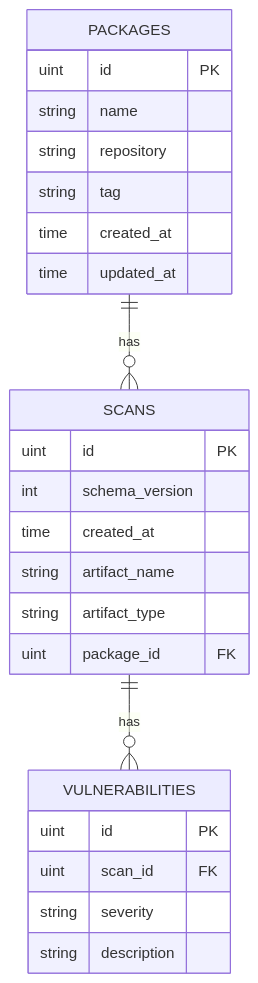
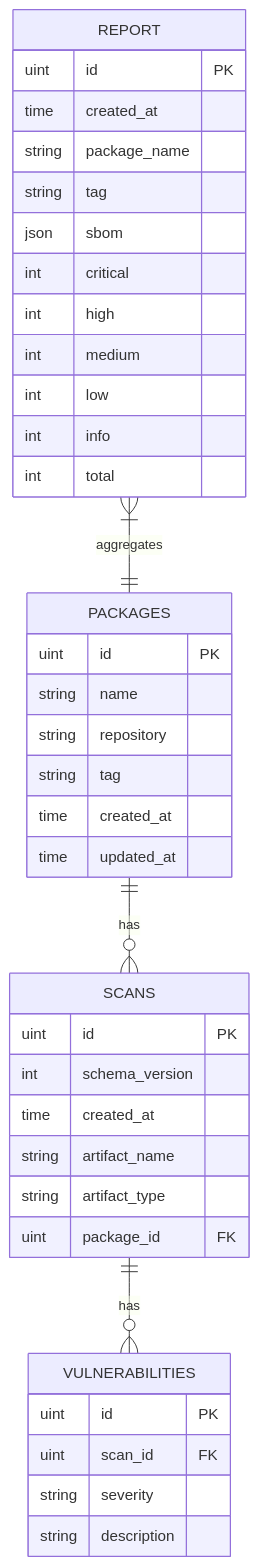
One commit to defenseunicorns/uds-security-hub-v1-archive changed the diagram in docs/db.md. Above: the diagram before and after it, drawn with Mermaid. The commit also changed other lines of this file, not shown here.

````diff
--- a/docs/db.md
+++ b/docs/db.md
@@ -10,30 +9,45 @@
 ``` mermaid
 erDiagram
     PACKAGES {
         uint id PK
         string name
         string repository
         string tag
         time created_at
         time updated_at
     }
     
     SCANS {
         uint id PK
         int schema_version
         time created_at
         string artifact_name
         string artifact_type
         uint package_id FK
     }
     
     VULNERABILITIES {
         uint id PK
         uint scan_id FK
         string severity
         string description
     }
     
+    REPORT {
+        uint id PK
+        time created_at
+        string package_name
+        string tag
+        json sbom
+        int critical
+        int high
+        int medium
+        int low
+        int info
+        int total
+    }
+    
     PACKAGES ||--o{ SCANS : "has"
     SCANS ||--o{ VULNERABILITIES : "has"
+    REPORT }|--|| PACKAGES : "aggregates"
 ```
````
